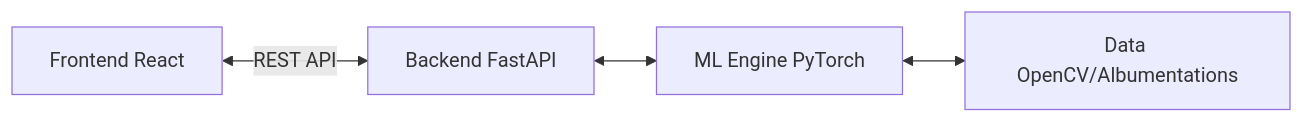
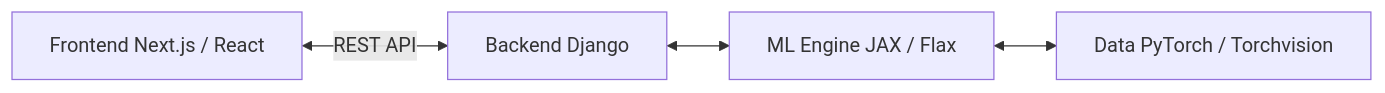
One commit to arththakkar1/signal-scope-web-app changed the diagram in doc/reference/technology-stack.md. Above: the diagram before and after it, drawn with Mermaid. The commit also changed other lines of this file and 7 other files, not shown here.

````diff
--- a/doc/reference/technology-stack.md
+++ b/doc/reference/technology-stack.md
@@ -20,6 +19,6 @@
 ```mermaid
 flowchart LR
-    A[Frontend React] <-->|REST API| B[Backend FastAPI]
-    B <--> C[ML Engine PyTorch]
-    C <--> D[Data OpenCV/Albumentations]
+    A[Frontend Next.js / React] <-->|REST API| B[Backend Django]
+    B <--> C[ML Engine JAX / Flax]
+    C <--> D[Data PyTorch / Torchvision]
 ```
````
